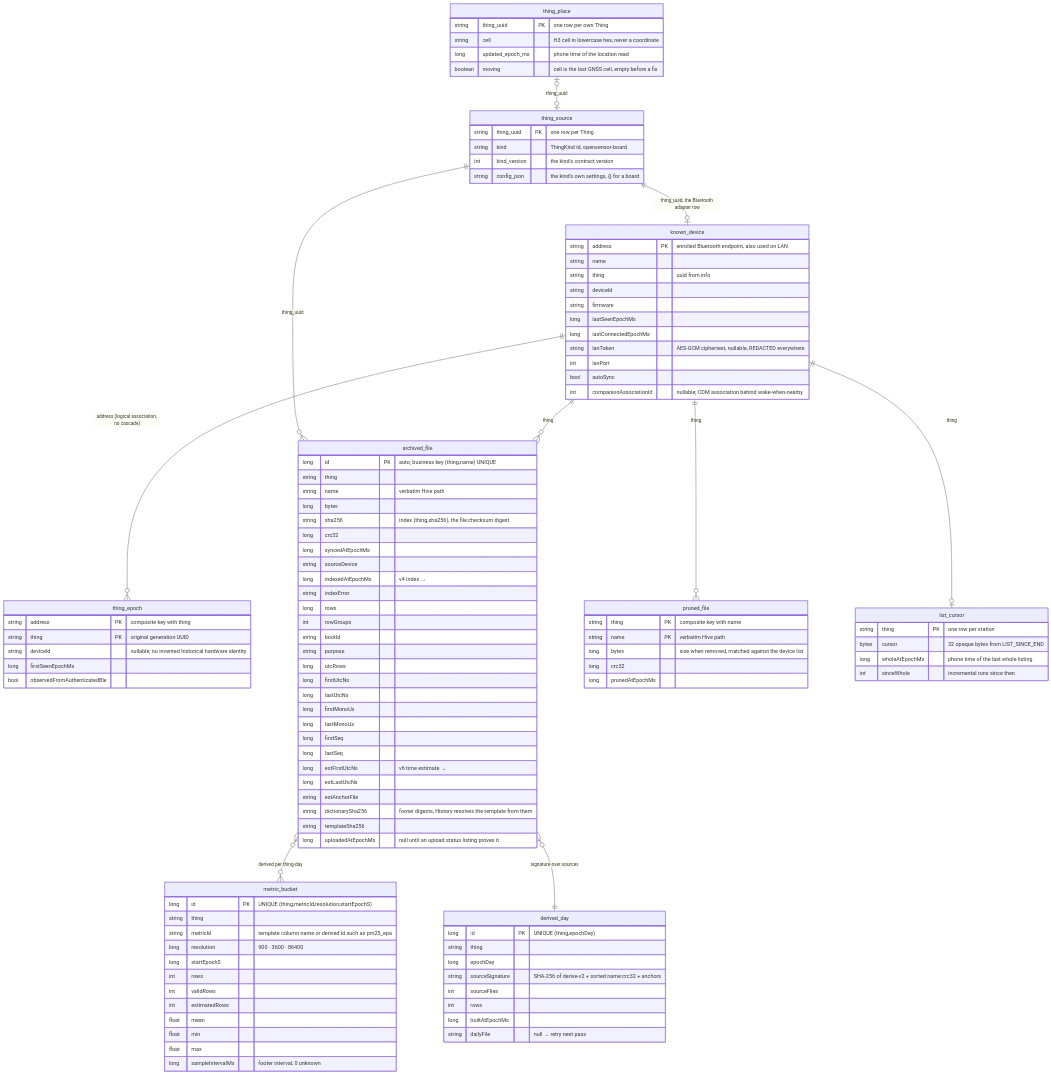
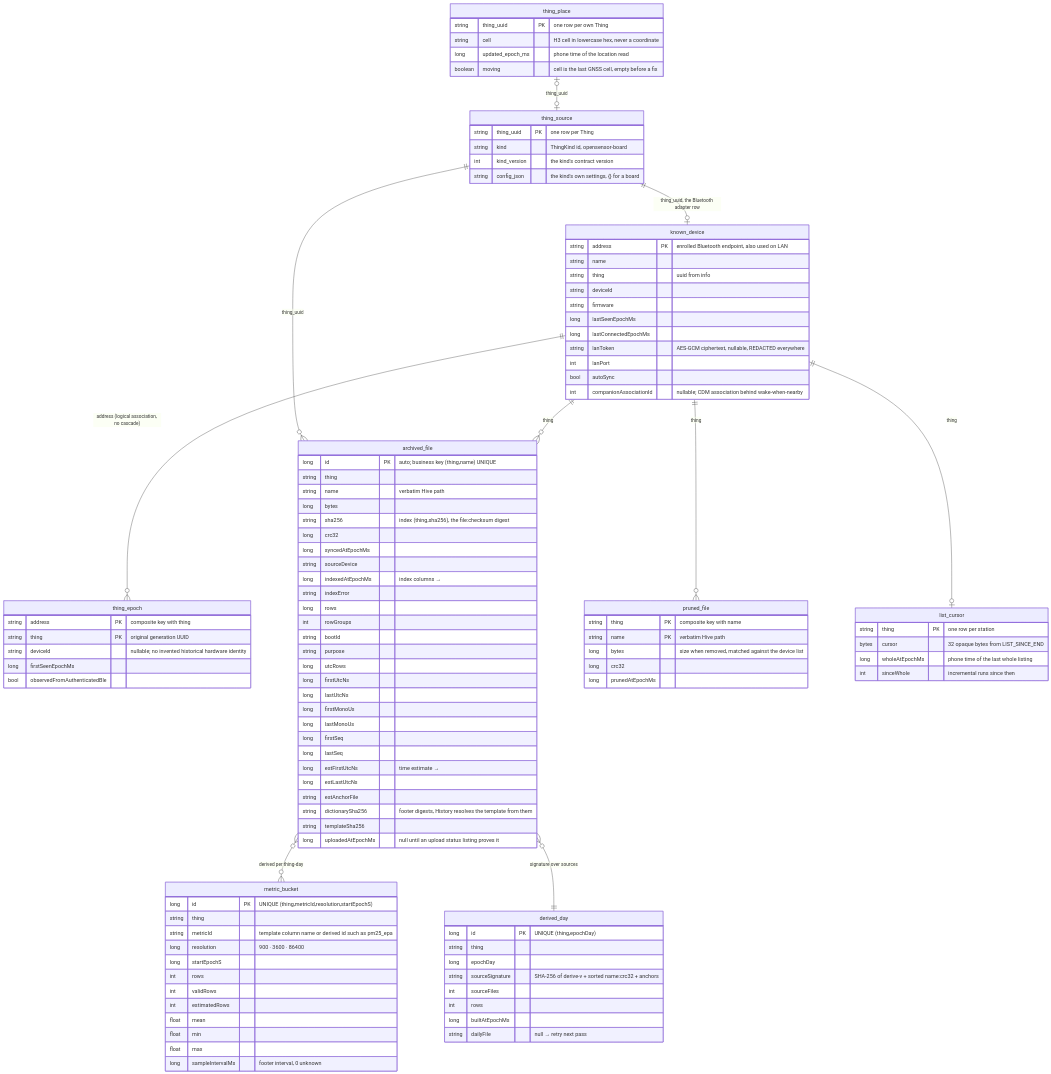
One commit to walkthru-earth/opensensor-space-mobile changed the first of 2 diagrams in docs/data-model.md. Above: the diagram before and after it, drawn with Mermaid. The commit also changed other lines of this file and 17 other files, not shown here.

First line of the commit message:
Sync the architecture, protocol and pipeline docs with the code

```diff
--- a/docs/data-model.md
+++ b/docs/data-model.md
@@ -58,7 +58,7 @@
     long crc32
     long syncedAtEpochMs
     string sourceDevice
-    long indexedAtEpochMs "v4 index →"
+    long indexedAtEpochMs "index columns →"
     string indexError
     long rows
     int rowGroups
@@ -71,7 +71,7 @@
     long lastMonoUs
     long firstSeq
     long lastSeq
-    long estFirstUtcNs "v6 time estimate →"
+    long estFirstUtcNs "time estimate →"
     long estLastUtcNs
     string estAnchorFile
     string dictionarySha256 "footer digests, History resolves the template from them"
@@ -96,7 +96,7 @@
     long id PK "UNIQUE (thing,epochDay)"
     string thing
     long epochDay
-    string sourceSignature "SHA-256 of derive-v2 + sorted name:crc32 + anchors"
+    string sourceSignature "SHA-256 of derive-v<DERIVE_VERSION> + sorted name:crc32 + anchors"
     int sourceFiles
     int rows
     long builtAtEpochMs
```
